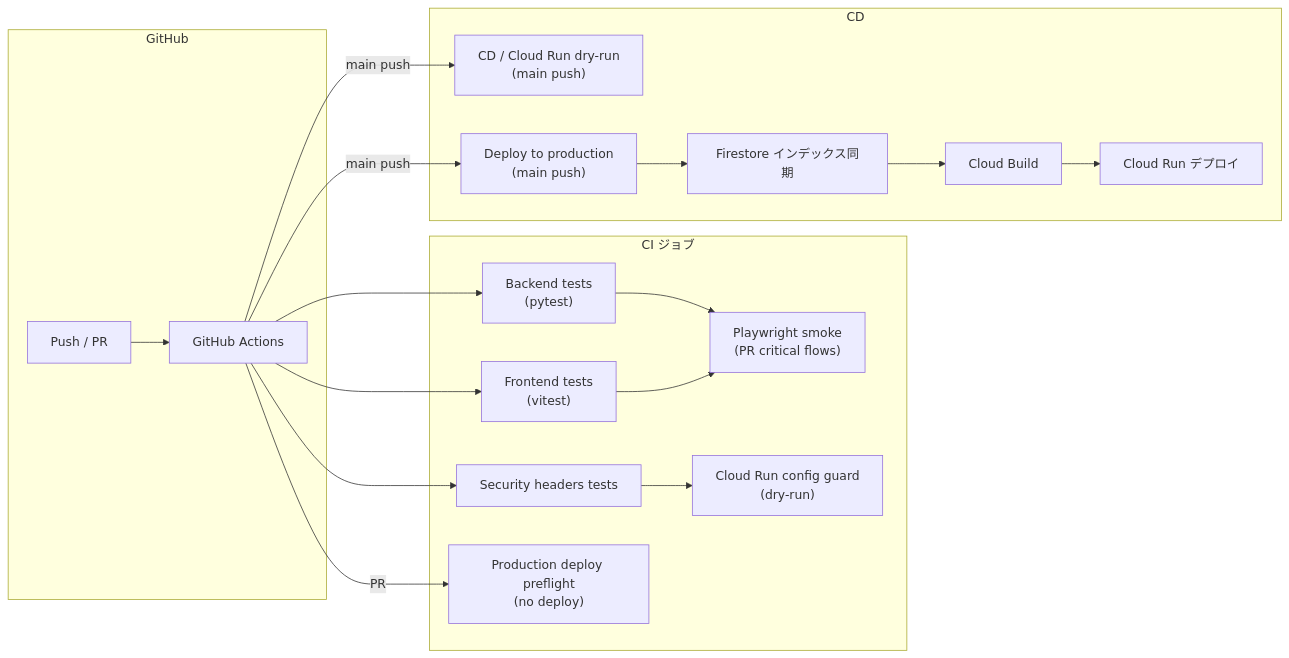
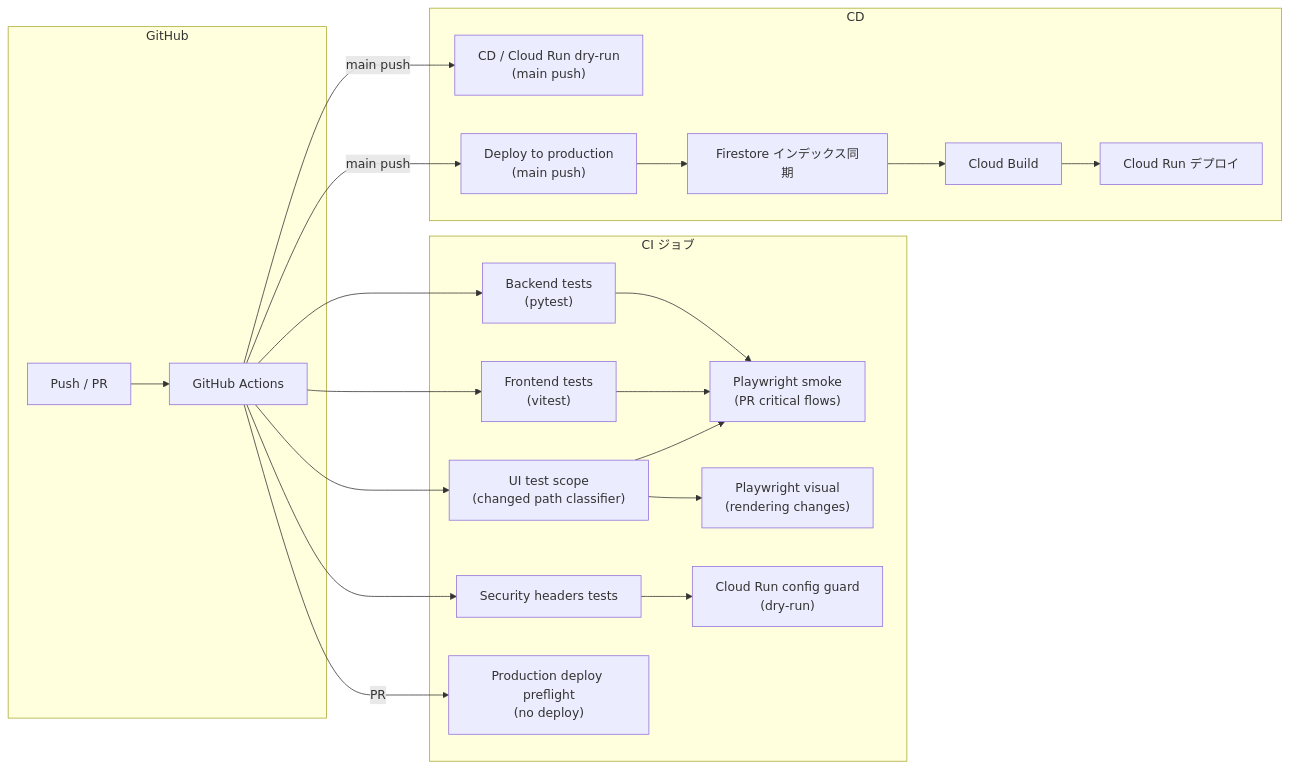
The third of 6 diagrams in docs/infrastructure.md (stillshore-chirp/wordpack-for-english), drawn with Mermaid before and after one commit. The commit also changed other lines of this file and 5 other files, not shown here.

````diff
--- a/docs/infrastructure.md
+++ b/docs/infrastructure.md
@@ -120,38 +120,43 @@
 ```mermaid
 flowchart LR
     subgraph GitHub["GitHub"]
         Push["Push / PR"]
         Actions["GitHub Actions"]
     end
 
     subgraph CI["CI ジョブ"]
         BackendTest["Backend tests<br/>(pytest)"]
         SecurityTest["Security headers tests"]
         FrontendTest["Frontend tests<br/>(vitest)"]
+        UiTestScope["UI test scope<br/>(changed path classifier)"]
         PlaywrightSmoke["Playwright smoke<br/>(PR critical flows)"]
+        VisualRegression["Playwright visual<br/>(rendering changes)"]
         CloudRunGuard["Cloud Run config guard<br/>(dry-run)"]
         DeployPreflight["Production deploy preflight<br/>(no deploy)"]
     end
 
     subgraph CD["CD"]
         DryRun["CD / Cloud Run dry-run<br/>(main push)"]
         ProductionDeploy["Deploy to production<br/>(main push)"]
         FirestoreIndex["Firestore インデックス同期"]
         CloudBuild["Cloud Build"]
         CloudRun["Cloud Run デプロイ"]
     end
 
     Push --> Actions
     Actions --> BackendTest
     Actions --> SecurityTest
     Actions --> FrontendTest
+    Actions --> UiTestScope
     BackendTest --> PlaywrightSmoke
     FrontendTest --> PlaywrightSmoke
+    UiTestScope --> PlaywrightSmoke
+    UiTestScope --> VisualRegression
     SecurityTest --> CloudRunGuard
     Actions -->|PR| DeployPreflight
     Actions -->|main push| DryRun
     Actions -->|main push| ProductionDeploy
     ProductionDeploy --> FirestoreIndex
     FirestoreIndex --> CloudBuild
     CloudBuild --> CloudRun
 ```
````
